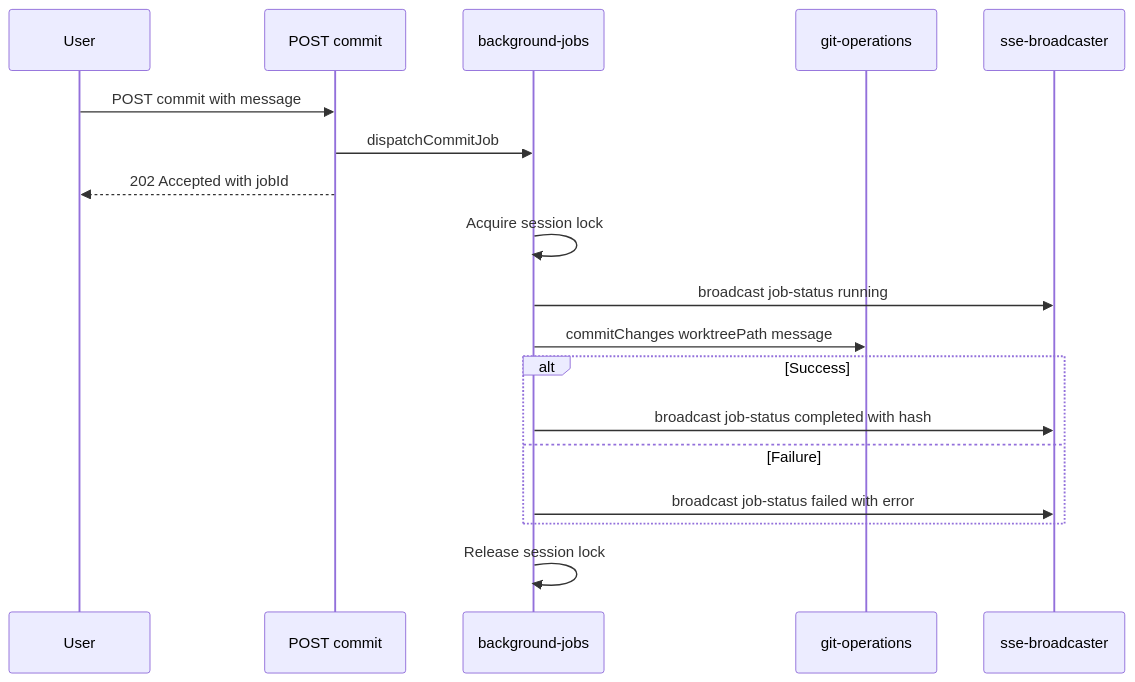
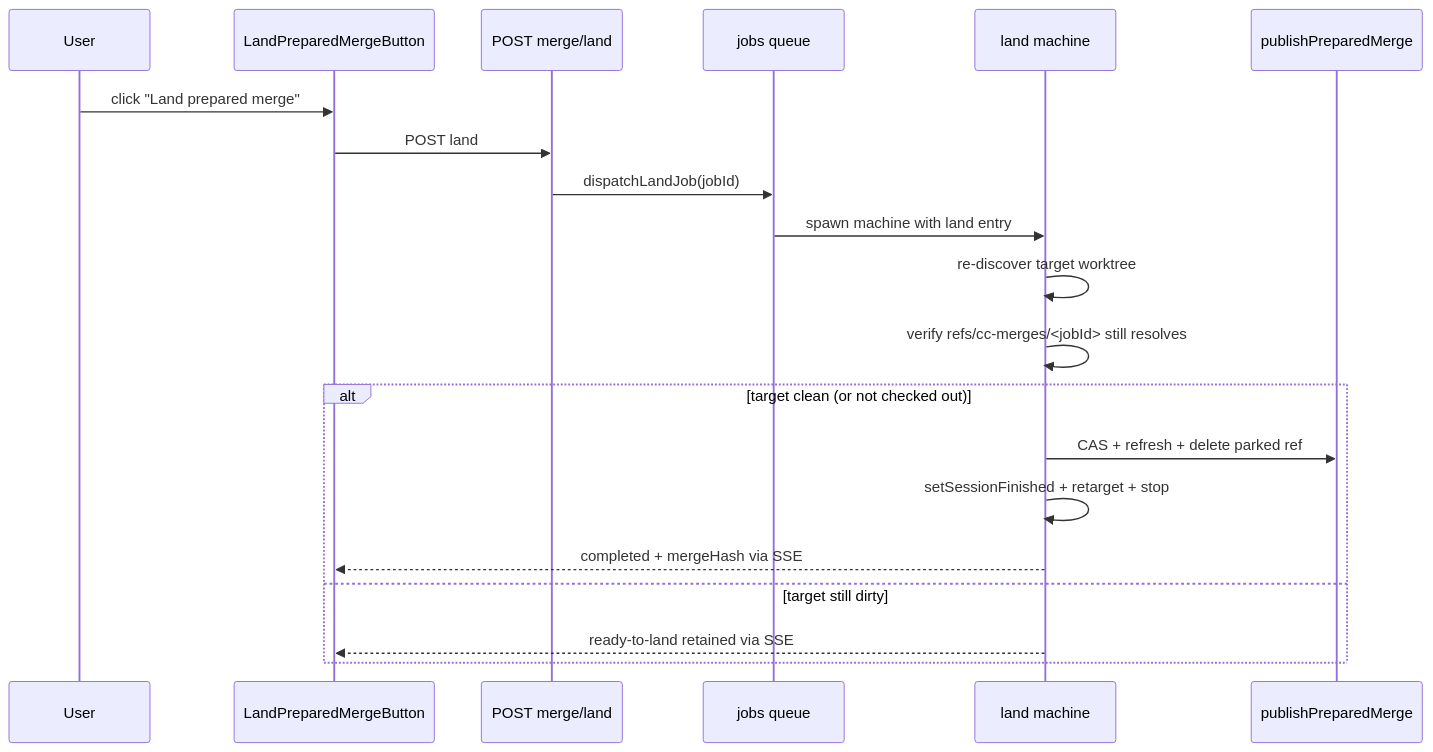
The fourth of 6 diagrams in .kiro/specs/smart-merge/design.md (amhuppert/remote-ai-manager), drawn with Mermaid before and after one commit. The commit also changed other lines of this file and 102 other files, not shown here.

````diff
--- a/.kiro/specs/smart-merge/design.md
+++ b/.kiro/specs/smart-merge/design.md
@@ -198,21 +227,23 @@
 ```mermaid
 sequenceDiagram
     participant User
-    participant API as POST commit
-    participant Jobs as background-jobs
-    participant Git as git-operations
-    participant SSE as sse-broadcaster
+    participant UI as LandPreparedMergeButton
+    participant API as POST merge/land
+    participant Queue as jobs queue
+    participant Machine as land machine
+    participant Pub as publishPreparedMerge
 
-    User->>API: POST commit with message
-    API->>Jobs: dispatchCommitJob
-    API-->>User: 202 Accepted with jobId
-    Jobs->>Jobs: Acquire session lock
-    Jobs->>SSE: broadcast job-status running
-    Jobs->>Git: commitChanges worktreePath message
-    alt Success
-        Jobs->>SSE: broadcast job-status completed with hash
-    else Failure
-        Jobs->>SSE: broadcast job-status failed with error
+    User->>UI: click "Land prepared merge"
+    UI->>API: POST land
+    API->>Queue: dispatchLandJob(jobId)
+    Queue->>Machine: spawn machine with land entry
+    Machine->>Machine: re-discover target worktree
+    Machine->>Machine: verify refs/cc-merges/<jobId> still resolves
+    alt target clean (or not checked out)
+        Machine->>Pub: CAS + refresh + delete parked ref
+        Machine->>Machine: setSessionFinished + retarget + stop
+        Machine-->>UI: completed + mergeHash via SSE
+    else target still dirty
+        Machine-->>UI: ready-to-land retained via SSE
     end
-    Jobs->>Jobs: Release session lock
 ```
````
